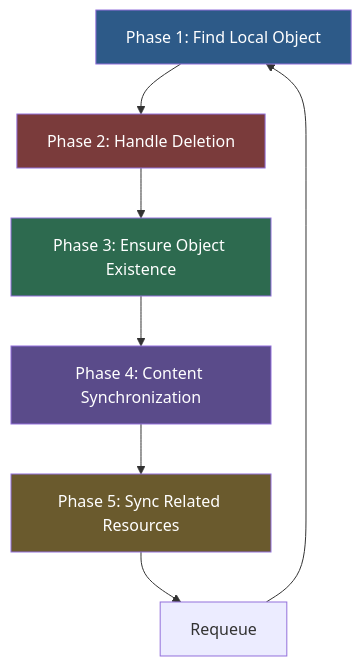
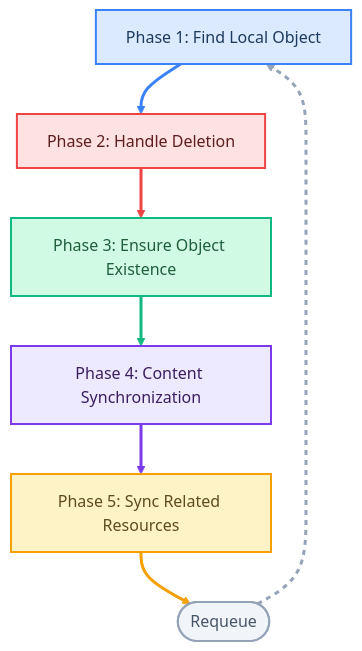
The first of 2 diagrams in overview/api-syncagent.md (platform-mesh/platform-mesh.github.io), drawn with Mermaid before and after one commit. The commit also changed other lines of this file and 12 other files, not shown here.

````diff
--- a/overview/api-syncagent.md
+++ b/overview/api-syncagent.md
@@ -81,15 +81,23 @@
 ```mermaid
 flowchart TD
     A["Phase 1: Find Local Object"] --> B["Phase 2: Handle Deletion"]
     B --> C["Phase 3: Ensure Object Existence"]
     C --> D["Phase 4: Content Synchronization"]
     D --> E["Phase 5: Sync Related Resources"]
-    E --> F["Requeue"]
+    E --> F(["Requeue"])
     F --> A
 
-    style A fill:#2d5a88,color:#fff
-    style B fill:#7a3b3b,color:#fff
-    style C fill:#2d6a4f,color:#fff
-    style D fill:#5a4b8a,color:#fff
-    style E fill:#6a5a2d,color:#fff
+    style A fill:#dbeafe,stroke:#3b82f6,stroke-width:2px,color:#1e3a5f
+    style B fill:#fee2e2,stroke:#ef4444,stroke-width:2px,color:#5f1e1e
+    style C fill:#d1fae5,stroke:#10b981,stroke-width:2px,color:#1e5f3a
+    style D fill:#ede9fe,stroke:#7c3aed,stroke-width:2px,color:#3b1e5f
+    style E fill:#fef3c7,stroke:#f59f00,stroke-width:2px,color:#5f4b1e
+    style F fill:#f1f5f9,stroke:#94a3b8,stroke-width:2px,color:#475569
+
+    linkStyle 0 stroke:#3b82f6,stroke-width:3px
+    linkStyle 1 stroke:#ef4444,stroke-width:3px
+    linkStyle 2 stroke:#10b981,stroke-width:3px
+    linkStyle 3 stroke:#7c3aed,stroke-width:3px
+    linkStyle 4 stroke:#f59f00,stroke-width:3px
+    linkStyle 5 stroke:#94a3b8,stroke-width:3px,stroke-dasharray:5
 ```
````
